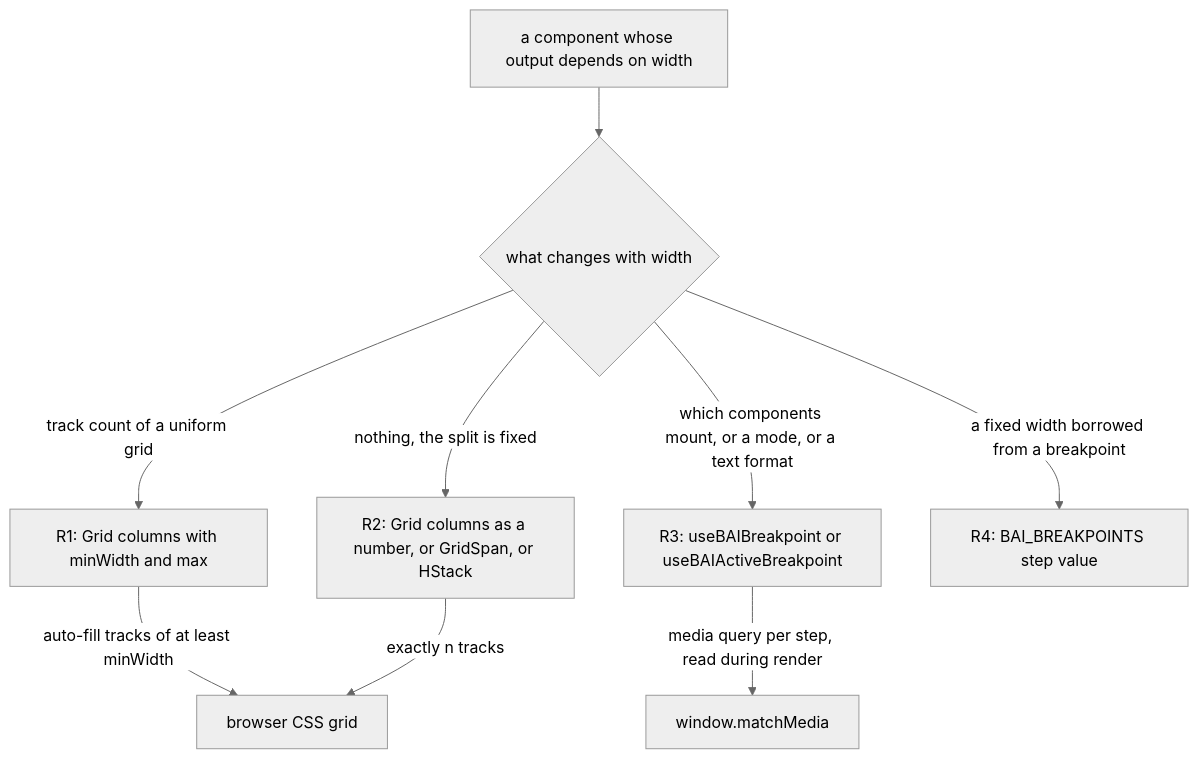
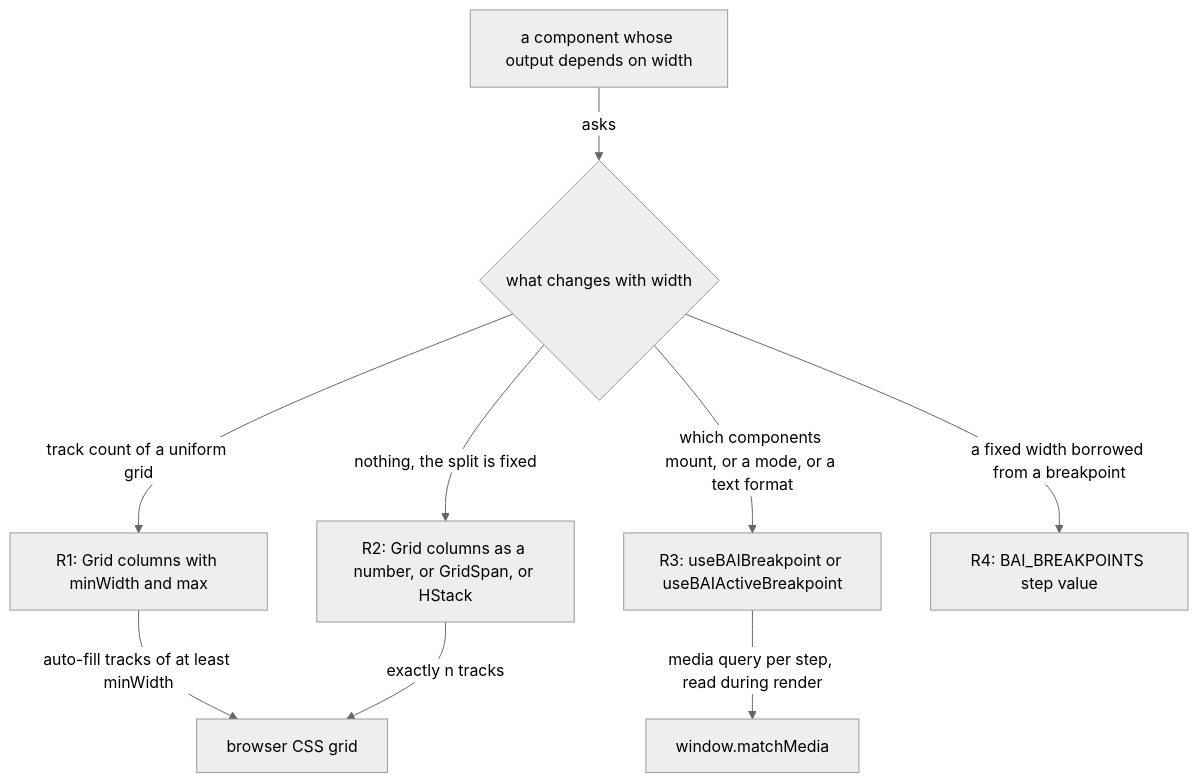
One commit to lablup/backend.ai-webui changed the diagram in docs/adr/0020-container-driven-grids-and-one-breakpoint-hook.md. Above: the diagram before and after it, drawn with Mermaid (neutral theme). The commit also changed other lines of this file and 17 other files, not shown here.

````diff
--- a/docs/adr/0020-container-driven-grids-and-one-breakpoint-hook.md
+++ b/docs/adr/0020-container-driven-grids-and-one-breakpoint-hook.md
@@ -21,19 +21,19 @@
 ```mermaid
 flowchart TD
   need["a component whose output depends on width"]
   q1{"what changes with width"}
   r1["R1: Grid columns with minWidth and max"]
   r2["R2: Grid columns as a number, or GridSpan, or HStack"]
   r3["R3: useBAIBreakpoint or useBAIActiveBreakpoint"]
   r4["R4: BAI_BREAKPOINTS step value"]
   css["browser CSS grid"]
   mm["window.matchMedia"]
-  need --> q1
+  need -- "asks" --> q1
   q1 -- "track count of a uniform grid" --> r1
   q1 -- "nothing, the split is fixed" --> r2
   q1 -- "which components mount, or a mode, or a text format" --> r3
   q1 -- "a fixed width borrowed from a breakpoint" --> r4
   r1 -- "auto-fill tracks of at least minWidth" --> css
   r2 -- "exactly n tracks" --> css
   r3 -- "media query per step, read during render" --> mm
 ```
````
